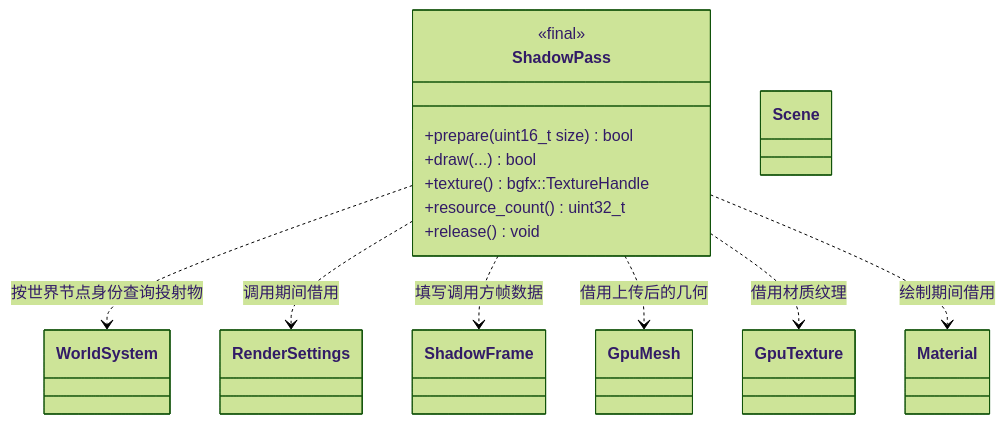
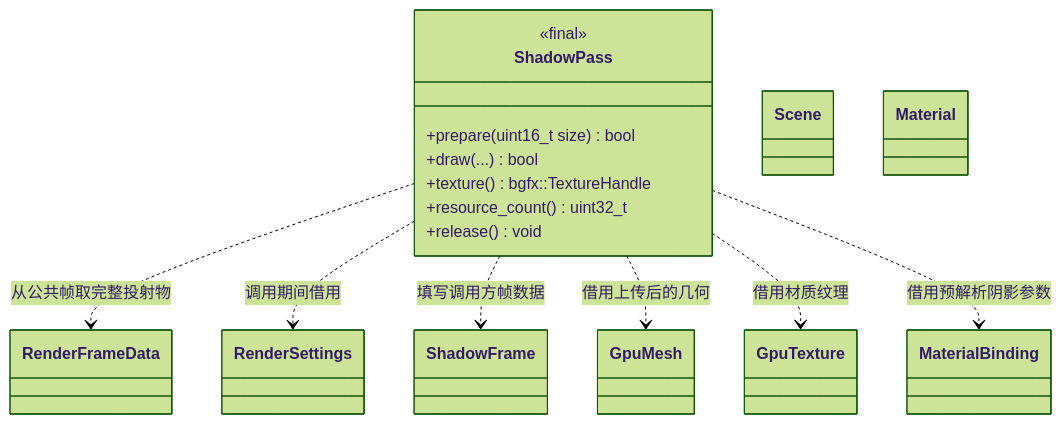
The second of 10 diagrams in docs/runtime/class-diagrams/render-system.md (lcals/Engine), drawn with Mermaid (forest theme) before and after one commit. The commit also changed other lines of this file and 25 other files, not shown here.

````diff
--- a/docs/runtime/class-diagrams/render-system.md
+++ b/docs/runtime/class-diagrams/render-system.md
@@ -148,23 +151,23 @@
 ```mermaid
 classDiagram
     class ShadowPass {
         <<final>>
         +prepare(uint16_t size) bool
         +draw(...) bool
         +texture() bgfx::TextureHandle
         +resource_count() uint32_t
         +release() void
     }
     class Scene
     class RenderSettings
     class ShadowFrame
     class GpuMesh
     class GpuTexture
     class Material
-    ShadowPass ..> WorldSystem : 按世界节点身份查询投射物
+    ShadowPass ..> RenderFrameData : 从公共帧取完整投射物
     ShadowPass ..> RenderSettings : 调用期间借用
     ShadowPass ..> ShadowFrame : 填写调用方帧数据
     ShadowPass ..> GpuMesh : 借用上传后的几何
     ShadowPass ..> GpuTexture : 借用材质纹理
-    ShadowPass ..> Material : 绘制期间借用
+    ShadowPass ..> MaterialBinding : 借用预解析阴影参数
 ```
````
